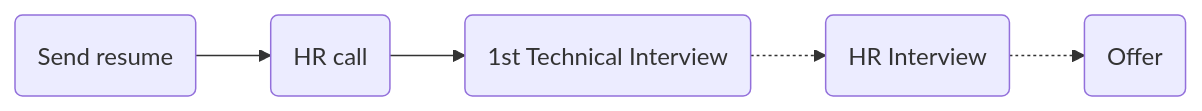
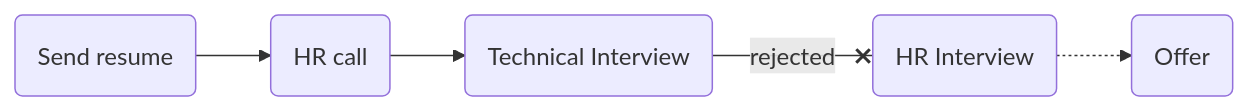
One commit to mo1ein/jobname changed the diagram in exalab.md. Above: the diagram before and after it, drawn with Mermaid. The commit also changed other lines of this file and 1 other file, not shown here.

Commit message:
Update graph & exalab.md 🔥

````diff
--- a/exalab.md
+++ b/exalab.md
@@ -5,4 +7,4 @@
 ```mermaid
 flowchart LR
-    sr(Send resume) --> hr(HR call) --> ti1(1st Technical Interview) -.-> hri(HR Interview) -.-> o(Offer)
+    sr(Send resume) --> hr(HR call) --> ti(Technical Interview) --rejected--x hri(HR Interview) -.-> o(Offer)
 ```
````
